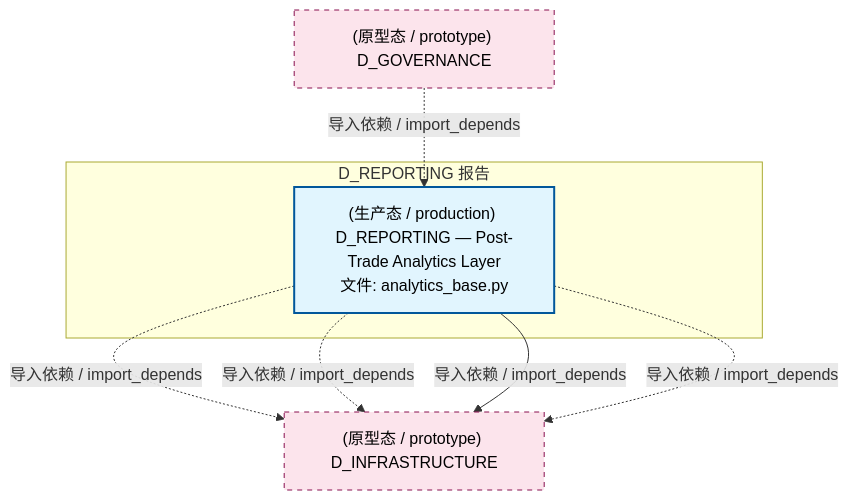
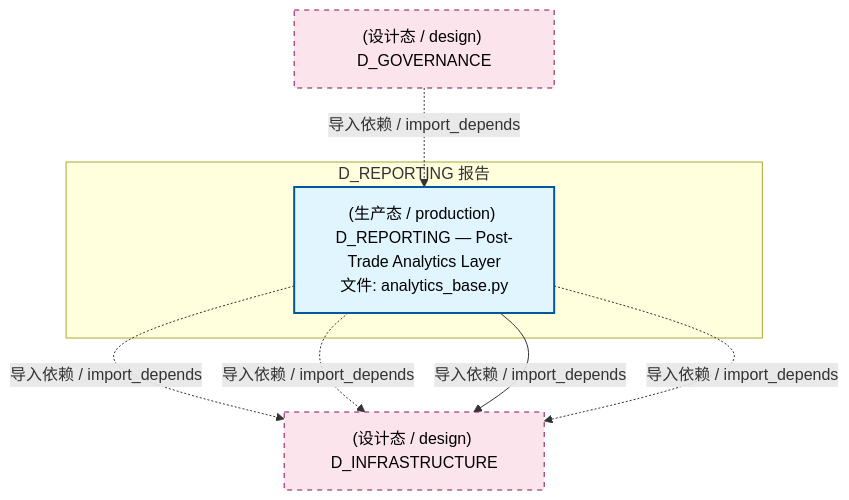
Before and after one commit to xuanFelixVan/ZephyrAlpha: the second of 4 diagrams in docs/02_enterprise_architecture/02_domain_architecture_docs/23_d_reporting.md, drawn with Mermaid. The commit also changed other lines of this file and 177 other files, not shown here.

````diff
--- a/docs/02_enterprise_architecture/02_domain_architecture_docs/23_d_reporting.md
+++ b/docs/02_enterprise_architecture/02_domain_architecture_docs/23_d_reporting.md
@@ -102,19 +101,19 @@
 ```mermaid
 graph TD
     subgraph D_REPORTING["D_REPORTING 报告"]
         src_zephyr_reporting_analytics_base_py["(生产态 / production) D_REPORTING — Post-Trade Analytics Layer<br/>文件: analytics_base.py"]
     end
-    D_INFRASTRUCTURE["(原型态 / prototype) D_INFRASTRUCTURE"]
+    D_INFRASTRUCTURE["(设计态 / design) D_INFRASTRUCTURE"]
     src_zephyr_reporting_analytics_base_py -.->|导入依赖 / import_depends| D_INFRASTRUCTURE
     src_zephyr_reporting_analytics_base_py -.->|导入依赖 / import_depends| D_INFRASTRUCTURE
     src_zephyr_reporting_analytics_base_py -->|导入依赖 / import_depends| D_INFRASTRUCTURE
     src_zephyr_reporting_analytics_base_py -.->|导入依赖 / import_depends| D_INFRASTRUCTURE
-    D_GOVERNANCE["(原型态 / prototype) D_GOVERNANCE"]
+    D_GOVERNANCE["(设计态 / design) D_GOVERNANCE"]
     D_GOVERNANCE -.->|导入依赖 / import_depends| src_zephyr_reporting_analytics_base_py
     classDef production fill:#e1f5fe,stroke:#01579b,stroke-width:2px,color:#000
     classDef design fill:#fff3e0,stroke:#e65100,stroke-width:2px,color:#000,stroke-dasharray: 5 5
     classDef external_prod fill:#e8f5e9,stroke:#1b5e20,stroke-width:1px,color:#000
     classDef external_design fill:#fce4ec,stroke:#880e4f,stroke-width:1px,color:#000,stroke-dasharray: 5 5
     class src_zephyr_reporting_analytics_base_py production
     class D_INFRASTRUCTURE,D_GOVERNANCE external_design
 ```
````
